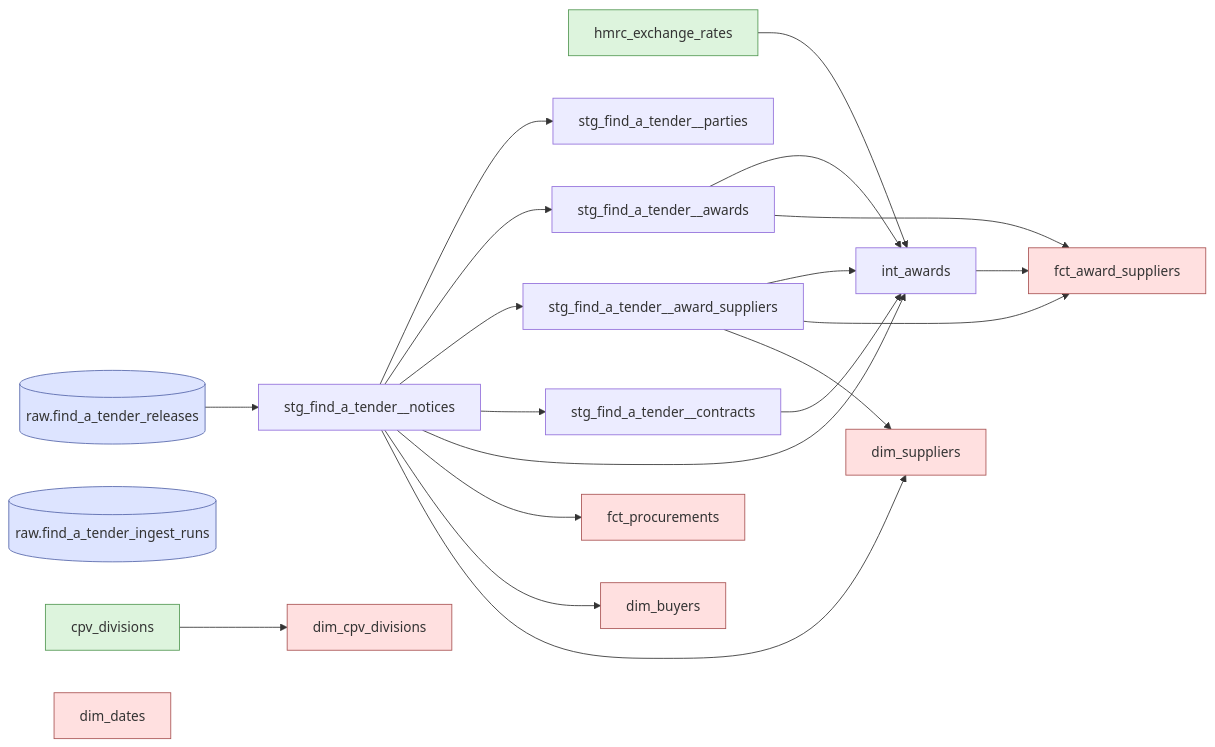
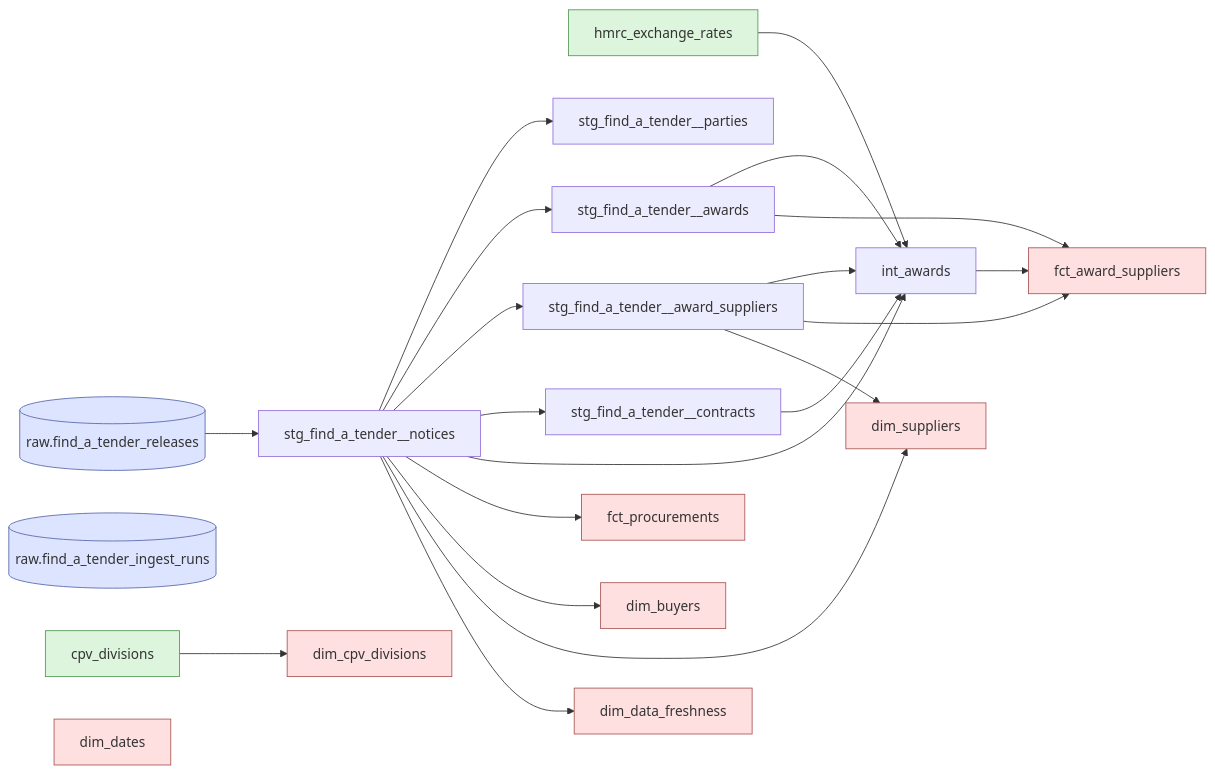
One commit to jacekjastrzebski/uk-tenders-dbt-snowflake changed the second of 2 diagrams in docs/diagrams/data.md. Above: the diagram before and after it, drawn with Mermaid. The commit also changed other lines of this file and 7 other files, not shown here.

````diff
--- a/docs/diagrams/data.md
+++ b/docs/diagrams/data.md
@@ -47,34 +47,36 @@
 ```mermaid
 flowchart LR
     classDef source fill:#dde4ff,stroke:#5566aa
     classDef seed fill:#ddf4dd,stroke:#559955
     classDef mart fill:#ffe0e0,stroke:#aa5555
 
     raw_rel[("raw.find_a_tender_releases")]:::source
     raw_runs[("raw.find_a_tender_ingest_runs")]:::source
     hmrc["hmrc_exchange_rates"]:::seed
     cpv["cpv_divisions"]:::seed
 
     notices["stg_find_a_tender__notices"]
     parties["stg_find_a_tender__parties"]
     awards["stg_find_a_tender__awards"]
     award_sup["stg_find_a_tender__award_suppliers"]
     contracts["stg_find_a_tender__contracts"]
     int_awards["int_awards"]
 
     fct_proc["fct_procurements"]:::mart
     fct_aws["fct_award_suppliers"]:::mart
     dim_dates["dim_dates"]:::mart
     dim_buyers["dim_buyers"]:::mart
     dim_sup["dim_suppliers"]:::mart
     dim_cpv["dim_cpv_divisions"]:::mart
+    dim_fresh["dim_data_freshness"]:::mart
 
     raw_rel --> notices
     notices --> parties & awards & award_sup & contracts
     notices & awards & award_sup & contracts & hmrc --> int_awards
     notices --> fct_proc
     int_awards & awards & award_sup --> fct_aws
     notices --> dim_buyers
     notices & award_sup --> dim_sup
     cpv --> dim_cpv
+    notices --> dim_fresh
 ```
````
